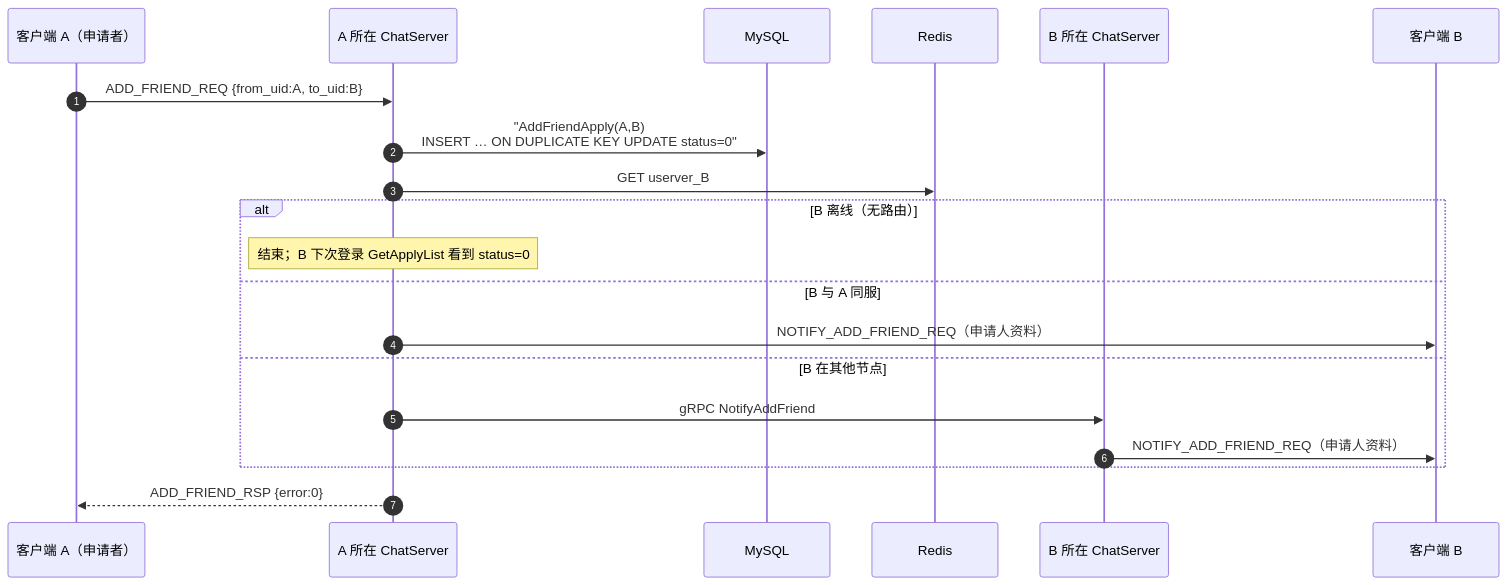
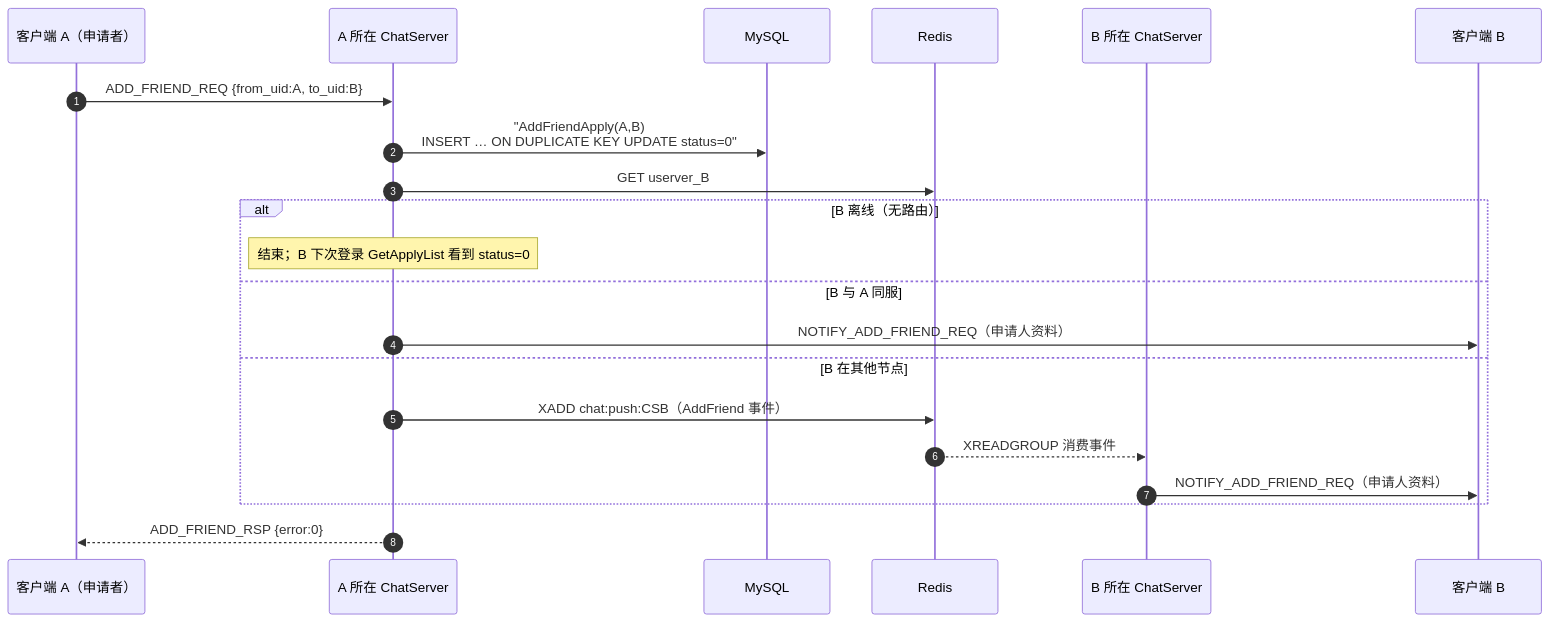
One commit to codeT2001/MyChat changed the third of 6 diagrams in Servers/ChatServer/README.md. Above: the diagram before and after it, drawn with Mermaid. The commit also changed other lines of this file and 41 other files, not shown here.

````diff
--- a/Servers/ChatServer/README.md
+++ b/Servers/ChatServer/README.md
@@ -108,23 +116,24 @@
 ```mermaid
 sequenceDiagram
     autonumber
     participant A as 客户端 A（申请者）
     participant CSA as A 所在 ChatServer
     participant DB as MySQL
     participant R as Redis
     participant CSB as B 所在 ChatServer
     participant B as 客户端 B
 
     A->>CSA: ADD_FRIEND_REQ {from_uid:A, to_uid:B}
     CSA->>DB: "AddFriendApply(A,B)<br/>INSERT … ON DUPLICATE KEY UPDATE status=0"
     CSA->>R: GET userver_B
     alt B 离线（无路由）
         Note over CSA: 结束；B 下次登录 GetApplyList 看到 status=0
     else B 与 A 同服
         CSA->>B: NOTIFY_ADD_FRIEND_REQ（申请人资料）
     else B 在其他节点
-        CSA->>CSB: gRPC NotifyAddFriend
+        CSA->>R: XADD chat:push:CSB（AddFriend 事件）
+        R-->>CSB: XREADGROUP 消费事件
         CSB->>B: NOTIFY_ADD_FRIEND_REQ（申请人资料）
     end
     CSA-->>A: ADD_FRIEND_RSP {error:0}
 ```
````
